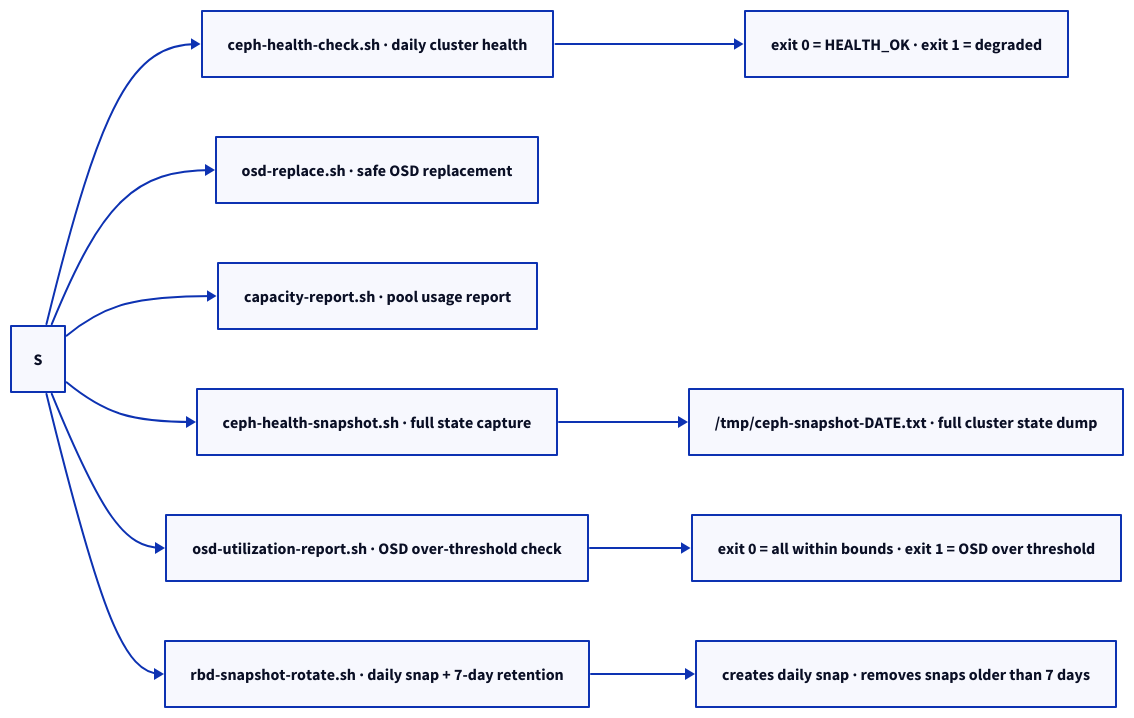
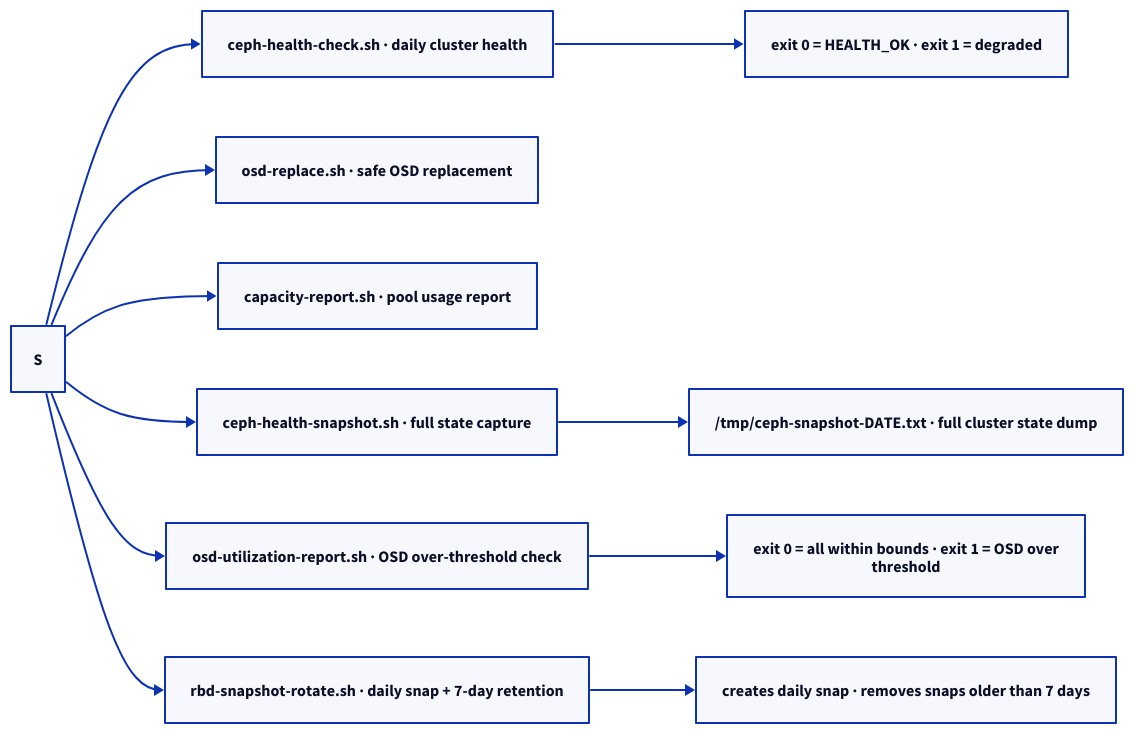
Before and after one commit to canast01/chris-kb: the diagram in docs/storage/ceph/operations/scripts/index.md, drawn with D2. The commit also changed 192 other files, not shown here.

````diff
--- a/docs/storage/ceph/operations/scripts/index.md
+++ b/docs/storage/ceph/operations/scripts/index.md
@@ -14,26 +14,26 @@
 ```d2
 direction: right
 
 S: "S" {shape: rectangle}
 HS: "ceph-health-check.sh · daily cluster health" {shape: rectangle}
 OR: "osd-replace.sh · safe OSD replacement" {shape: rectangle}
 CR: "capacity-report.sh · pool usage report" {shape: rectangle}
 SS: "ceph-health-snapshot.sh · full state capture" {shape: rectangle}
 UR: "osd-utilization-report.sh · OSD over-threshold check" {shape: rectangle}
 RS: "rbd-snapshot-rotate.sh · daily snap + 7-day retention" {shape: rectangle}
 O1: "exit 0 = HEALTH_OK · exit 1 = degraded" {shape: rectangle}
-O2: "exit 0 = all within bounds · exit 1 = OSD over threshold" {shape: rectangle}
+O2: "exit 0 = all within bounds · exit 1 = OSD over\nthreshold" {shape: rectangle}
 O3: "creates daily snap · removes snaps older than 7 days" {shape: rectangle}
 O4: "/tmp/ceph-snapshot-DATE.txt · full cluster state dump" {shape: rectangle}
 
 S -> HS
 S -> OR
 S -> CR
 S -> SS
 S -> UR
 S -> RS
 HS -> O1
 UR -> O2
 RS -> O3
 SS -> O4
 ```
````
